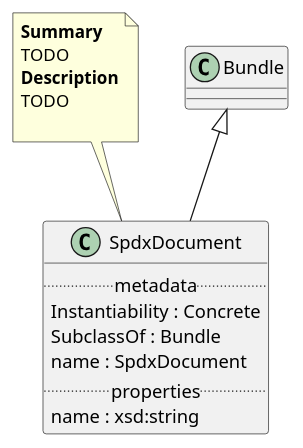
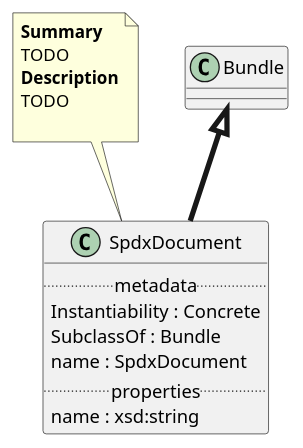
Before and after one commit to maxhbr/spec-parser.hs: the diagram in Classes/SpdxDocument.puml, drawn with PlantUML. The commit also changed 61 other files, not shown here.

```diff
--- a/Classes/SpdxDocument.puml
+++ b/Classes/SpdxDocument.puml
@@ -1,18 +1,18 @@
 @startuml
 class SpdxDocument {
 .. metadata ..
     Instantiability : Concrete
     SubclassOf : Bundle
     name : SpdxDocument
 .. properties ..
     name : xsd:string
 }
 note top of SpdxDocument
 <b>Summary</b>
 TODO
 <b>Description</b>
 TODO
 
 end note
-"Bundle" <|-- "SpdxDocument"
+"Bundle" <|-[thickness=4]- "SpdxDocument"
 @enduml
```
